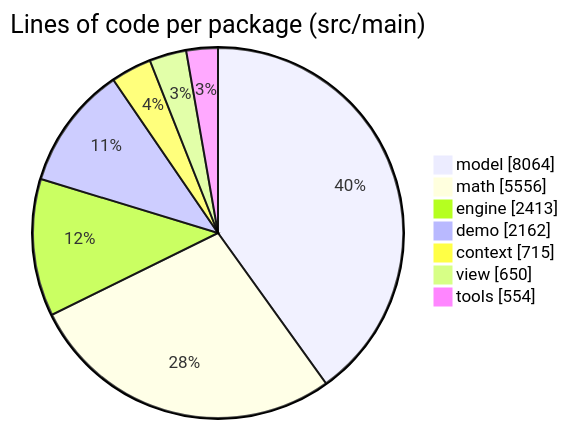
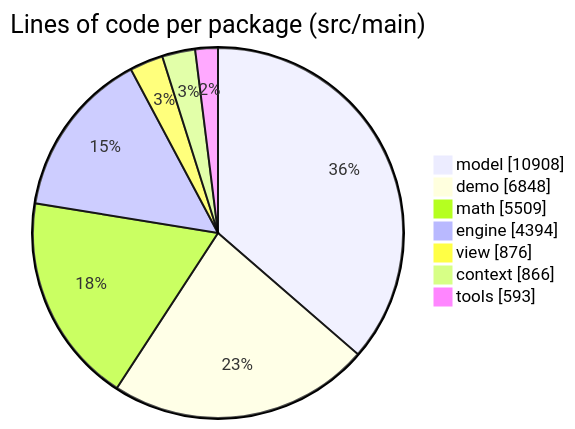
The third of 22 diagrams in docs/DESIGN.md (obarry/Aventura), drawn with Mermaid before and after one commit. The commit also changed other lines of this file and 5 other files, not shown here.

````diff
--- a/docs/DESIGN.md
+++ b/docs/DESIGN.md
@@ -98,11 +98,11 @@
 ```mermaid
 pie showData
     title Lines of code per package (src/main)
-    "model" : 8064
-    "math" : 5556
-    "engine" : 2413
-    "demo" : 2162
-    "context" : 715
-    "view" : 650
-    "tools" : 554
+    "model" : 10908
+    "demo" : 6848
+    "math" : 5509
+    "engine" : 4394
+    "view" : 876
+    "context" : 866
+    "tools" : 593
 ```
````
